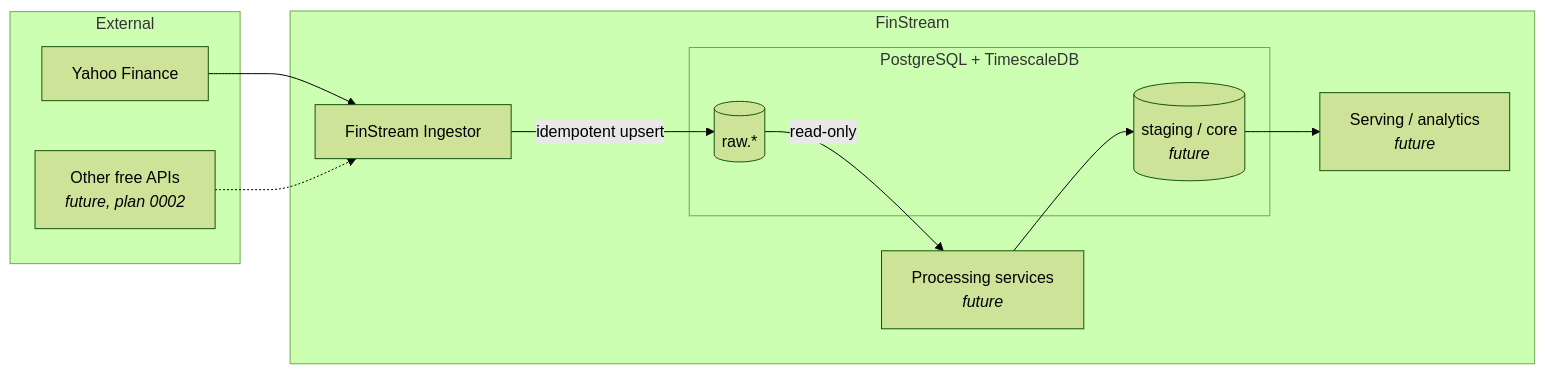
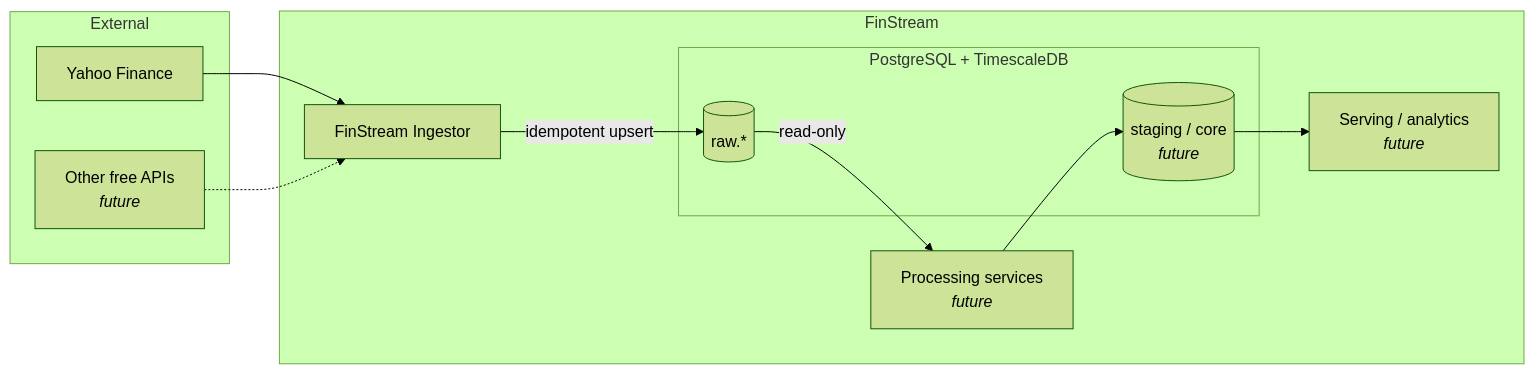
Before and after one commit to KDubicki/FinStream: the first of 3 diagrams in docs/architecture.md, drawn with Mermaid (forest theme). The commit also changed other lines of this file and 12 other files, not shown here.

````diff
--- a/docs/architecture.md
+++ b/docs/architecture.md
@@ -23,22 +23,22 @@
 ```mermaid
 flowchart LR
     subgraph External
         YF[Yahoo Finance]
-        OTHER[Other free APIs<br/><i>future, plan 0002</i>]
+        OTHER[Other free APIs<br/><i>future</i>]
     end
     subgraph FinStream
         ING[FinStream Ingestor]
         subgraph DB[PostgreSQL + TimescaleDB]
             RAW[(raw.*)]
             CORE[(staging / core<br/><i>future</i>)]
         end
         PROC[Processing services<br/><i>future</i>]
         SERVE[Serving / analytics<br/><i>future</i>]
     end
     YF --> ING
     OTHER -.-> ING
     ING -->|idempotent upsert| RAW
     RAW -->|read-only| PROC
     PROC --> CORE
     CORE --> SERVE
 ```
````
